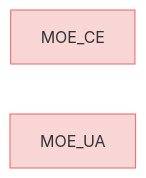
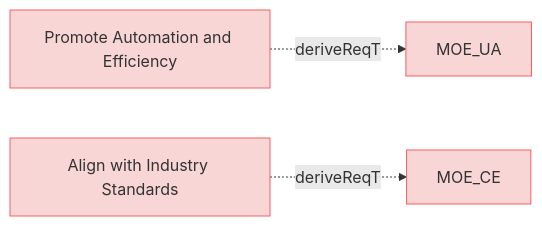
One commit to reqvire-org/reqvire changed the diagram in specifications/MOEs.md. Above: the diagram before and after it, drawn with Mermaid. The commit also changed 25 other files, not shown here.

````diff
--- a/specifications/MOEs.md
+++ b/specifications/MOEs.md
@@ -4,15 +4,23 @@
 ```mermaid
 graph LR;
   %% Graph styling
   classDef requirement fill:#f9d6d6,stroke:#f55f5f,stroke-width:1px;
   classDef verification fill:#d6f9d6,stroke:#5fd75f,stroke-width:1px;
   classDef externalLink fill:#d0e0ff,stroke:#3080ff,stroke-width:1px;
   classDef default fill:#f5f5f5,stroke:#333333,stroke-width:1px;
 
+  f6237e49f7["MOE_UA"];
+  click f6237e49f7 "MOEs.md#moe_ua";
+  class f6237e49f7 requirement;
+  3796077916["Promote Automation and Efficiency"];
+  class 3796077916 requirement;
+  click 3796077916 "MissionRequirements.md#promote-automation-and-efficiency";
+  3796077916 -.->|deriveReqT| f6237e49f7;
   b3f57e49f7["MOE_CE"];
   click b3f57e49f7 "MOEs.md#moe_ce";
   class b3f57e49f7 requirement;
-  f6237e49f7["MOE_UA"];
-  click f6237e49f7 "MOEs.md#moe_ua";
-  class f6237e49f7 requirement;
+  cc8c3af529["Align with Industry Standards"];
+  class cc8c3af529 requirement;
+  click cc8c3af529 "MissionRequirements.md#align-with-industry-standards";
+  cc8c3af529 -.->|deriveReqT| b3f57e49f7;
 ```
````
